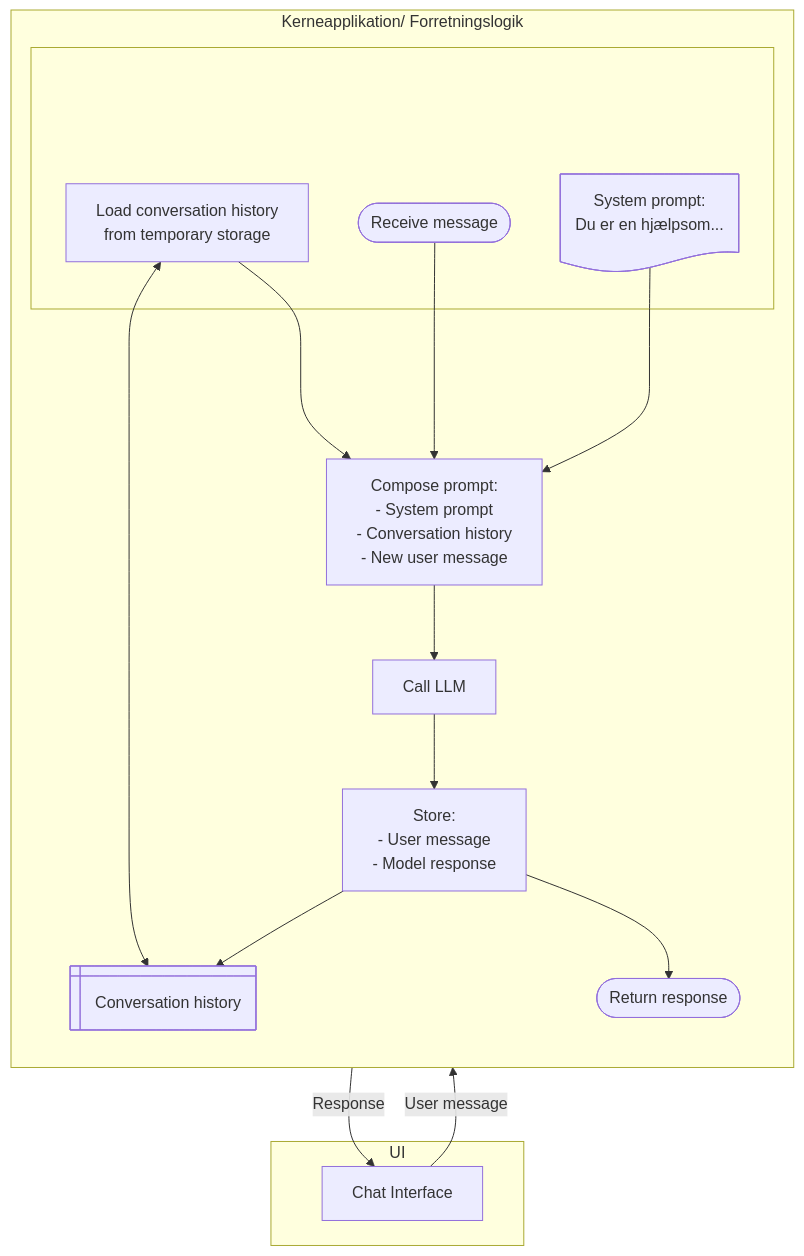
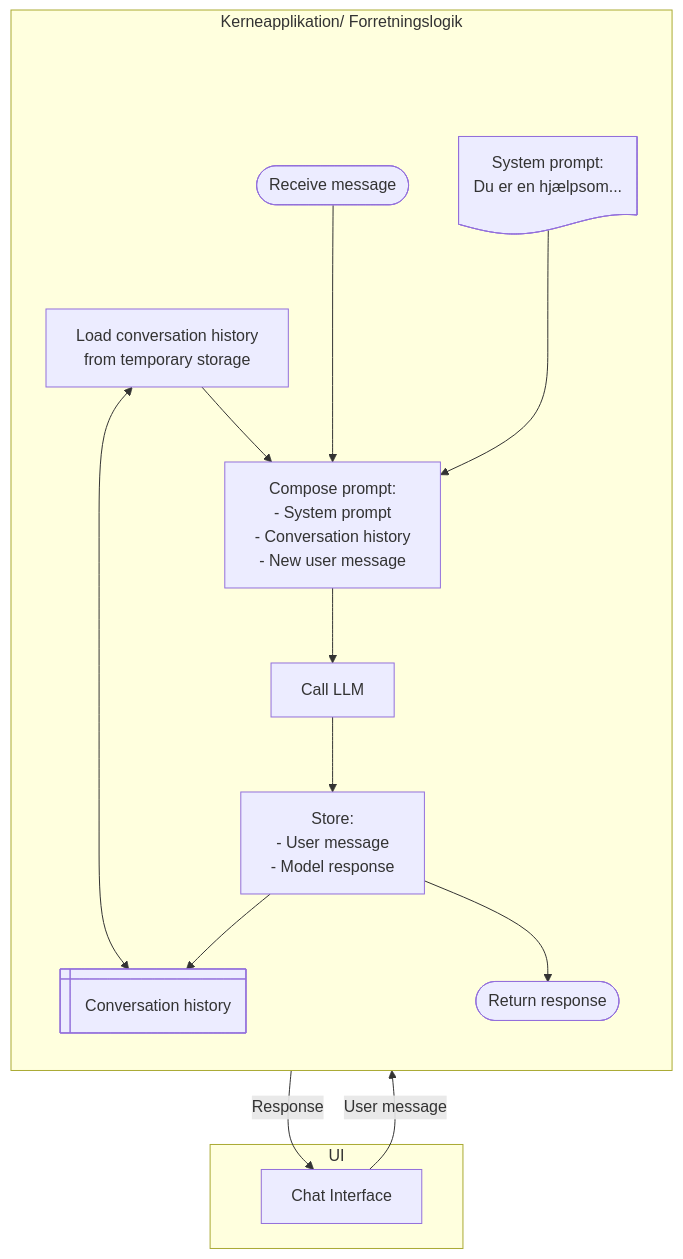
Before and after one commit to OS2sandbox/public-genai-governance: the diagram in docs/minimumskrav/AI_loesningseksempler/simpleste_chat.md, drawn with Mermaid.

Commit message:
Now without extra subgraph

````diff
--- a/docs/minimumskrav/AI_loesningseksempler/simpleste_chat.md
+++ b/docs/minimumskrav/AI_loesningseksempler/simpleste_chat.md
@@ -6,53 +6,48 @@
 ```mermaid
 flowchart TD
     classDef inViz fill:None,stroke-width:0px;
 
     subgraph UI["UI"]
         chat["Chat Interface"]
     end
 
     chat -->|User message| start
 
     subgraph core["Kerneapplikation/ Forretningslogik"]
         direction TB
         
-        subgraph inputSrcs[" "]
-
-            inVizAnchor:::inViz@{shape: junction}
-            start([Receive message])
-            prompt@{ shape: doc, label: "System prompt: 
-                                         Du er en hjælpsom..." }
-            ctx["Load conversation history
-                from temporary storage"]
-                                         
-            inVizAnchor ~~~ ctx
-            inVizAnchor ~~~ start
-            inVizAnchor ~~~ prompt
-            
-
-        end
-        
+        inVizAnchor:::inViz@{shape: junction}
+        start([Receive message])
+        prompt@{ shape: doc, label: "System prompt: 
+                                     Du er en hjælpsom..." }
+        ctx["Load conversation history
+            from temporary storage"]
+                                     
+        inVizAnchor ~~~ ctx
+        inVizAnchor ~~~ start
+        inVizAnchor ~~~ prompt
+    
         storage@{ shape: win-pane, label: "Conversation history" }
              
         compose["Compose prompt:
                 - System prompt
                 - Conversation history
                 - New user message"]
 
         callModel["Call LLM"]
 
         store["Store:
                - User message
                - Model response"]
 
         respond([Return response])
 
         ctx <--> storage 
         ctx --> compose --> callModel --> store --> storage
         start ---> compose 
         prompt ---> compose
         store --> respond
     end
 
     respond -->|Response| chat
 ```
````
